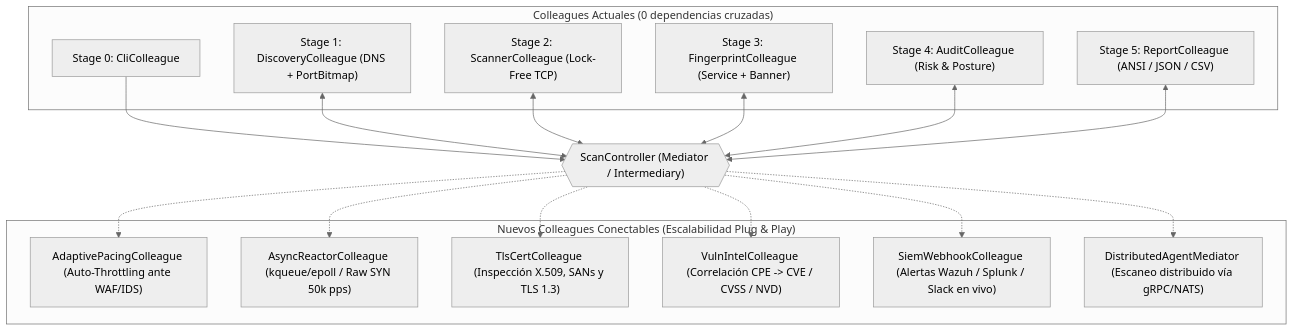
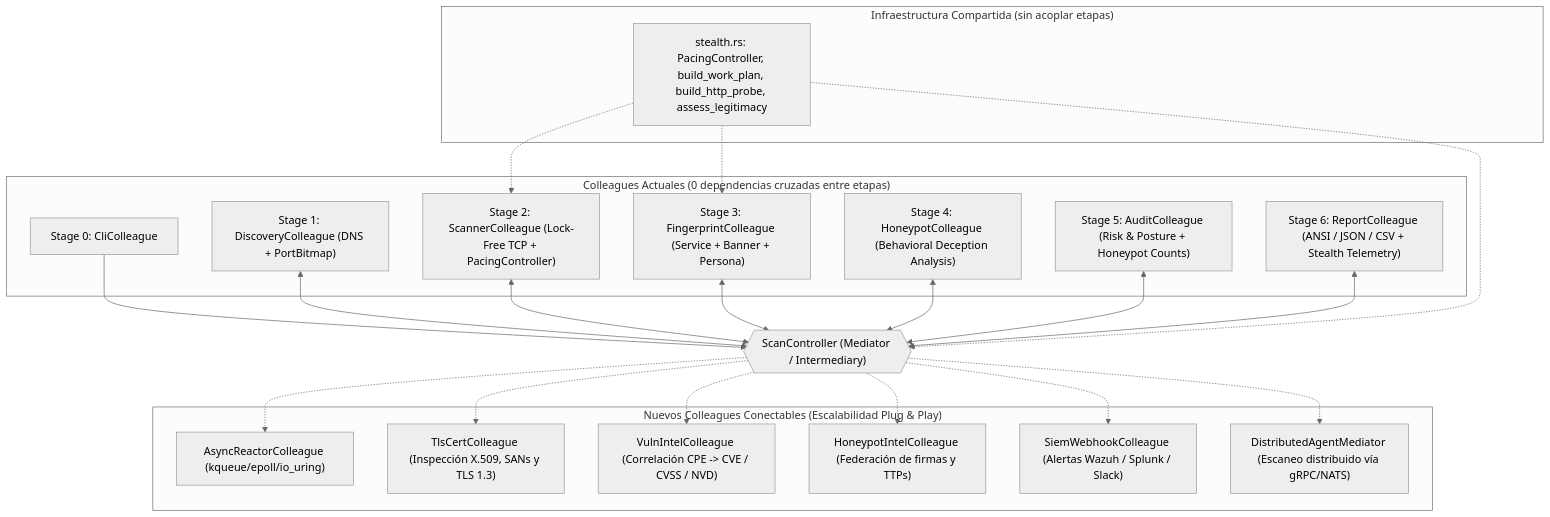
Before and after one commit to hoxtxnDev/HXSCAN-RUST: the fourth of 6 diagrams in ARCHITECTURE_MEDIATOR_UML.md, drawn with Mermaid (neutral theme). The commit also changed other lines of this file and 20 other files, not shown here.

First line of the commit message:
feat(v2.1): stealth/mutable modes, anti-AI legitimacy envelope and honeypot classification

````diff
--- a/ARCHITECTURE_MEDIATOR_UML.md
+++ b/ARCHITECTURE_MEDIATOR_UML.md
@@ -225,36 +364,46 @@
 ```mermaid
 flowchart TB
-    subgraph Current["Colleagues Actuales (0 dependencias cruzadas)"]
+    subgraph Current["Colleagues Actuales (0 dependencias cruzadas entre etapas)"]
         C0["Stage 0: CliColleague"]
         C1["Stage 1: DiscoveryColleague (DNS + PortBitmap)"]
-        C2["Stage 2: ScannerColleague (Lock-Free TCP)"]
-        C3["Stage 3: FingerprintColleague (Service + Banner)"]
-        C4["Stage 4: AuditColleague (Risk & Posture)"]
-        C5["Stage 5: ReportColleague (ANSI / JSON / CSV)"]
+        C2["Stage 2: ScannerColleague (Lock-Free TCP + PacingController)"]
+        C3["Stage 3: FingerprintColleague (Service + Banner + Persona)"]
+        C4["Stage 4: HoneypotColleague (Behavioral Deception Analysis)"]
+        C5["Stage 5: AuditColleague (Risk & Posture + Honeypot Counts)"]
+        C6["Stage 6: ReportColleague (ANSI / JSON / CSV + Stealth Telemetry)"]
+    end
+
+    subgraph Shared["Infraestructura Compartida (sin acoplar etapas)"]
+        ST["stealth.rs: PacingController, build_work_plan, build_http_probe, assess_legitimacy"]
     end
 
     M{{"ScanController (Mediator / Intermediary)"}}
 
     subgraph Future["Nuevos Colleagues Conectables (Escalabilidad Plug & Play)"]
-        F1["AdaptivePacingColleague (Auto-Throttling ante WAF/IDS)"]
-        F2["AsyncReactorColleague (kqueue/epoll / Raw SYN 50k pps)"]
-        F3["TlsCertColleague (Inspección X.509, SANs y TLS 1.3)"]
-        F4["VulnIntelColleague (Correlación CPE -> CVE / CVSS / NVD)"]
-        F5["SiemWebhookColleague (Alertas Wazuh / Splunk / Slack en vivo)"]
+        F1["AsyncReactorColleague (kqueue/epoll/io_uring)"]
+        F2["TlsCertColleague (Inspección X.509, SANs y TLS 1.3)"]
+        F3["VulnIntelColleague (Correlación CPE -> CVE / CVSS / NVD)"]
+        F4["HoneypotIntelColleague (Federación de firmas y TTPs)"]
+        F5["SiemWebhookColleague (Alertas Wazuh / Splunk / Slack)"]
         F6["DistributedAgentMediator (Escaneo distribuido vía gRPC/NATS)"]
     end
 
     C0 --> M
     C1 <--> M
     C2 <--> M
     C3 <--> M
     C4 <--> M
     C5 <--> M
+    C6 <--> M
+
+    ST -.-> C2
+    ST -.-> C3
+    ST -.-> M
 
     M -.-> F1
     M -.-> F2
     M -.-> F3
     M -.-> F4
     M -.-> F5
     M -.-> F6
 ```
````
